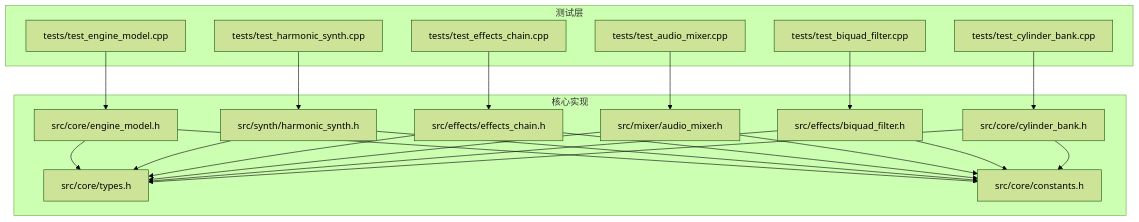
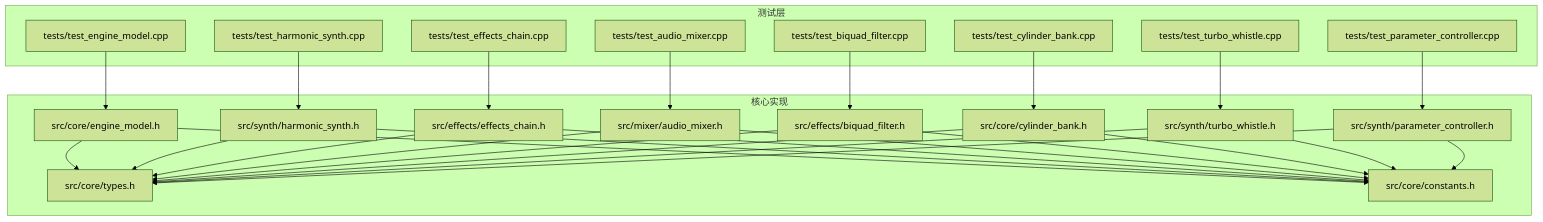
Before and after one commit to bangbangde/racing-sound-engine: the first of 9 diagrams in .qoder/repowiki/zh/content/测试和质量保证/测试和质量保证.md, drawn with Mermaid (forest theme). The commit also changed other lines of this file and 88 other files, not shown here.

````diff
--- a/.qoder/repowiki/zh/content/测试和质量保证/测试和质量保证.md
+++ b/.qoder/repowiki/zh/content/测试和质量保证/测试和质量保证.md
@@ -40,39 +44,49 @@
 ```mermaid
 graph TB
 subgraph "测试层"
 T_EM["tests/test_engine_model.cpp"]
 T_HS["tests/test_harmonic_synth.cpp"]
 T_EC["tests/test_effects_chain.cpp"]
 T_AM["tests/test_audio_mixer.cpp"]
 T_BF["tests/test_biquad_filter.cpp"]
 T_CB["tests/test_cylinder_bank.cpp"]
+T_TW["tests/test_turbo_whistle.cpp"]
+T_PC["tests/test_parameter_controller.cpp"]
 end
 subgraph "核心实现"
 EM["src/core/engine_model.h"]
 HS["src/synth/harmonic_synth.h"]
 EC["src/effects/effects_chain.h"]
 AM["src/mixer/audio_mixer.h"]
 BF["src/effects/biquad_filter.h"]
 CB["src/core/cylinder_bank.h"]
+TW["src/synth/turbo_whistle.h"]
+PC["src/synth/parameter_controller.h"]
 TY["src/core/types.h"]
 CN["src/core/constants.h"]
 end
 T_EM --> EM
 T_HS --> HS
 T_EC --> EC
 T_AM --> AM
 T_BF --> BF
 T_CB --> CB
+T_TW --> TW
+T_PC --> PC
 EM --> TY
 HS --> TY
 EC --> TY
 AM --> TY
 BF --> TY
 CB --> TY
+TW --> TY
+PC --> TY
 EM --> CN
 HS --> CN
 EC --> CN
 AM --> CN
 BF --> CN
 CB --> CN
+TW --> CN
+PC --> CN
 ```
````
